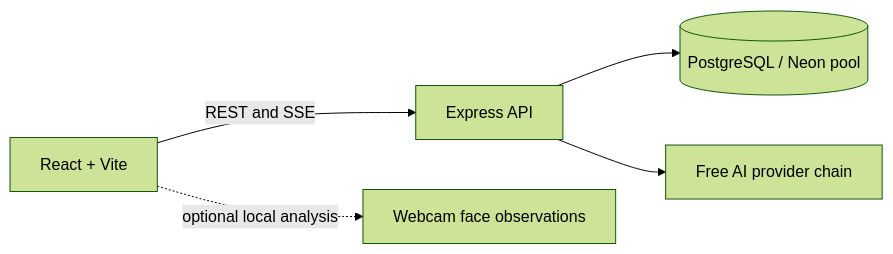
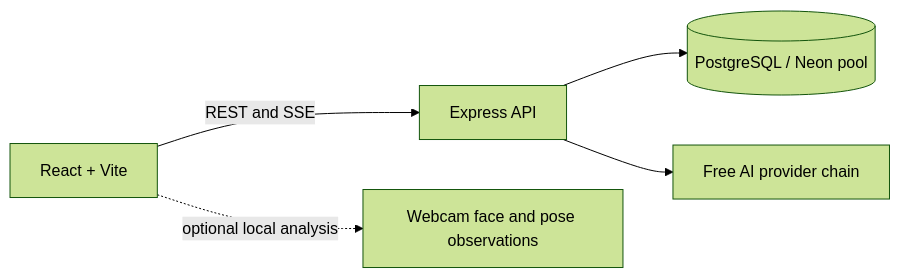
One commit to paraggupta007/SkillZen---Skill-and-Improvement changed the first of 4 diagrams in docs/ARCHITECTURE.md. Above: the diagram before and after it, drawn with Mermaid (forest theme). The commit also changed other lines of this file and 28 other files, not shown here.

Commit message:
Add optional pose observations and camera PDF reporting

````diff
--- a/docs/ARCHITECTURE.md
+++ b/docs/ARCHITECTURE.md
@@ -7,7 +7,7 @@
 ```mermaid
 flowchart LR
   Browser[React + Vite] -->|REST and SSE| API[Express API]
   API --> DB[(PostgreSQL / Neon pool)]
   API --> AI[Free AI provider chain]
-  Browser -. optional local analysis .-> Camera[Webcam face observations]
+  Browser -. optional local analysis .-> Camera[Webcam face and pose observations]
 ```
````
